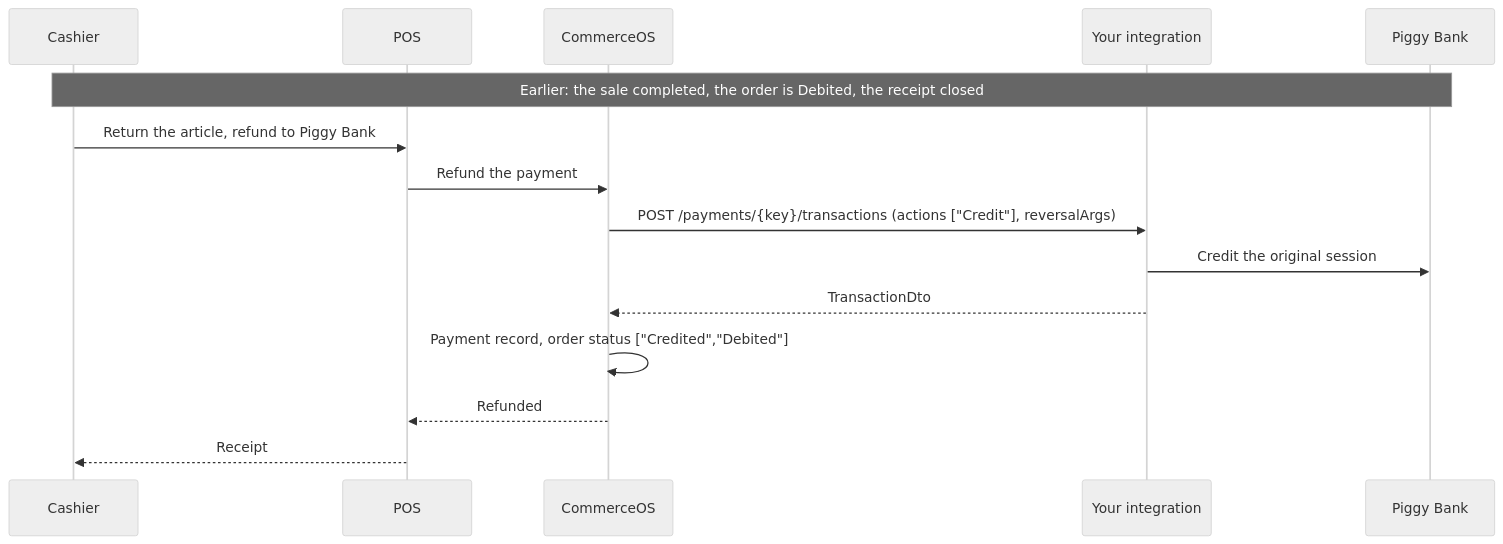
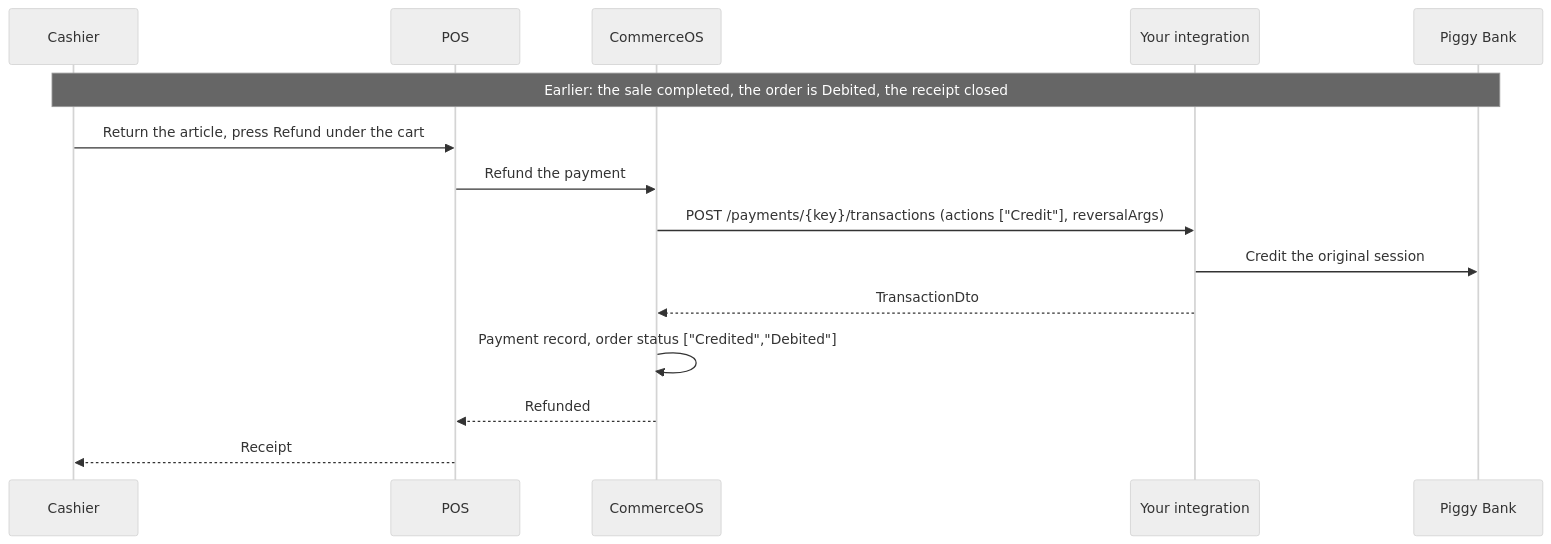
Before and after one commit to ByHeads/commerceos-api-reference: the third of 4 diagrams in guide/examples/payment-epi/flows.md, drawn with Mermaid (neutral theme). The commit also changed other lines of this file and 4 other files, not shown here.

````diff
--- a/guide/examples/payment-epi/flows.md
+++ b/guide/examples/payment-epi/flows.md
@@ -61,17 +61,17 @@
 ```mermaid
 sequenceDiagram
     participant Cashier
     participant POS
     participant CommerceOS
     participant Integration as Your integration
     participant Bank as Piggy Bank
     Note over Cashier,Bank: Earlier: the sale completed, the order is Debited, the receipt closed
-    Cashier->>POS: Return the article, refund to Piggy Bank
+    Cashier->>POS: Return the article, press Refund under the cart
     POS->>CommerceOS: Refund the payment
     CommerceOS->>Integration: POST /payments/{key}/transactions (actions ["Credit"], reversalArgs)
     Integration->>Bank: Credit the original session
     Integration-->>CommerceOS: TransactionDto
     CommerceOS->>CommerceOS: Payment record, order status ["Credited","Debited"]
     CommerceOS-->>POS: Refunded
     POS-->>Cashier: Receipt
 ```
````
